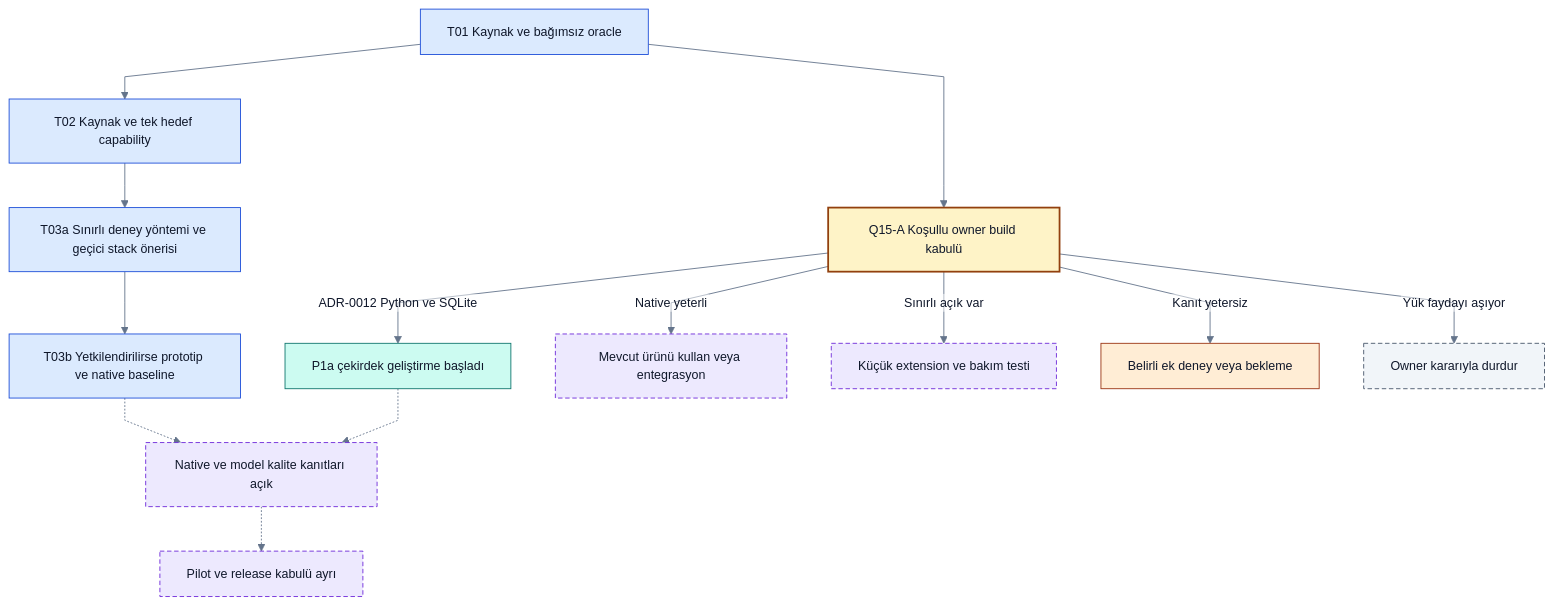
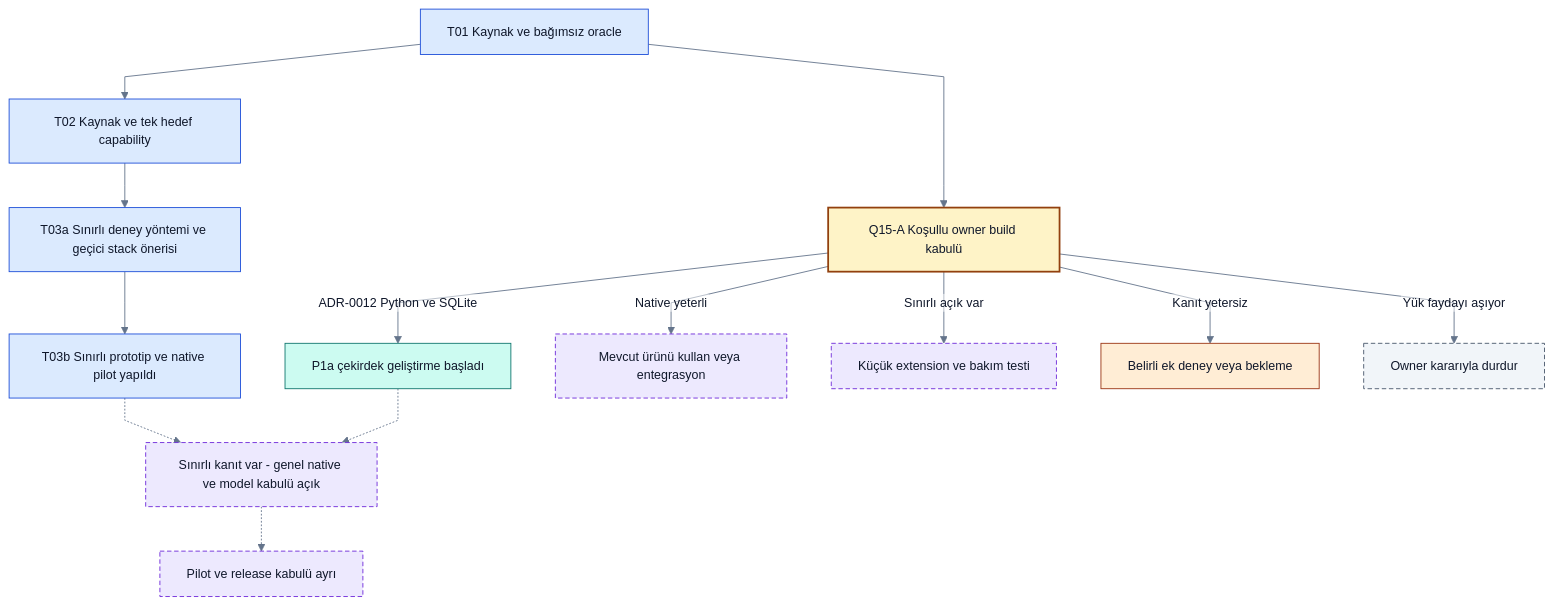
One commit to alphanAkbulut/decivora changed the diagram in docs/product/current-direction.md. Above: the diagram before and after it, drawn with Mermaid. The commit also changed other lines of this file and 24 other files, not shown here.

````diff
--- a/docs/product/current-direction.md
+++ b/docs/product/current-direction.md
@@ -37,30 +37,30 @@
 ```mermaid
 %%{init: {"theme":"base","themeVariables":{"fontFamily":"Arial, sans-serif","fontSize":"14px","primaryColor":"#eff6ff","primaryTextColor":"#0f172a","primaryBorderColor":"#1d4ed8","lineColor":"#64748b","secondaryColor":"#ccfbf1","tertiaryColor":"#f1f5f9","background":"#ffffff","mainBkg":"#eff6ff","textColor":"#0f172a","clusterBkg":"#f8fafc","clusterBorder":"#94a3b8","edgeLabelBackground":"#ffffff","actorBkg":"#eff6ff","actorTextColor":"#0f172a","actorBorder":"#1d4ed8","signalColor":"#64748b","signalTextColor":"#0f172a","noteBkgColor":"#fef3c7","noteTextColor":"#0f172a","noteBorderColor":"#92400e"},"flowchart":{"htmlLabels":false,"curve":"linear"},"sequence":{"wrap":true},"themeCSS":"background-color:#ffffff;"}}%%
 flowchart TD
     accTitle: Güncel ilk deney ve owner yatırım kararı
     accDescr: Önerilen tasarım veya açıkça belirtilen sentetik örnek. Renkler alan ve kontrol türünü gösterir; implemented veya passed kanıtı değildir. Yetki, revision ve coverage sınırları korunur.
     T1["T01 Kaynak ve bağımsız oracle"] --> T2["T02 Kaynak ve tek hedef capability"]
     T2 --> A["T03a Sınırlı deney yöntemi ve geçici stack önerisi"]
-    A --> P["T03b Yetkilendirilirse prototip ve native baseline"]
-    P -.-> Q["Native ve model kalite kanıtları açık"]
+    A --> P["T03b Sınırlı prototip ve native pilot yapıldı"]
+    P -.-> Q["Sınırlı kanıt var - genel native ve model kabulü açık"]
     T1 --> R["Q15-A Koşullu owner build kabulü"]
     R -->|ADR-0012 Python ve SQLite| B["P1a çekirdek geliştirme başladı"]
     B -.-> Q
     Q -.-> PILOT["Pilot ve release kabulü ayrı"]
     R -->|Native yeterli| N["Mevcut ürünü kullan veya entegrasyon"]
     R -->|Sınırlı açık var| E["Küçük extension ve bakım testi"]
     R -->|Kanıt yetersiz| U["Belirli ek deney veya bekleme"]
     R -->|Yük faydayı aşıyor| S["Owner kararıyla durdur"]
     classDef process fill:#dbeafe,stroke:#1d4ed8,color:#0f172a
     classDef gate fill:#fef3c7,stroke:#92400e,color:#0f172a,stroke-width:2px
     classDef future fill:#ede9fe,stroke:#6d28d9,color:#0f172a,stroke-dasharray:5 3
     classDef warning fill:#ffedd5,stroke:#9a3412,color:#0f172a
     classDef history fill:#f1f5f9,stroke:#475569,color:#0f172a,stroke-dasharray:5 3
     class T1,T2,A,P process
     class R gate
     class N,E,Q,PILOT future
     classDef accepted fill:#ccfbf1,stroke:#0f766e,color:#0f172a
     class B accepted
     class U warning
     class S history
 ```
````
